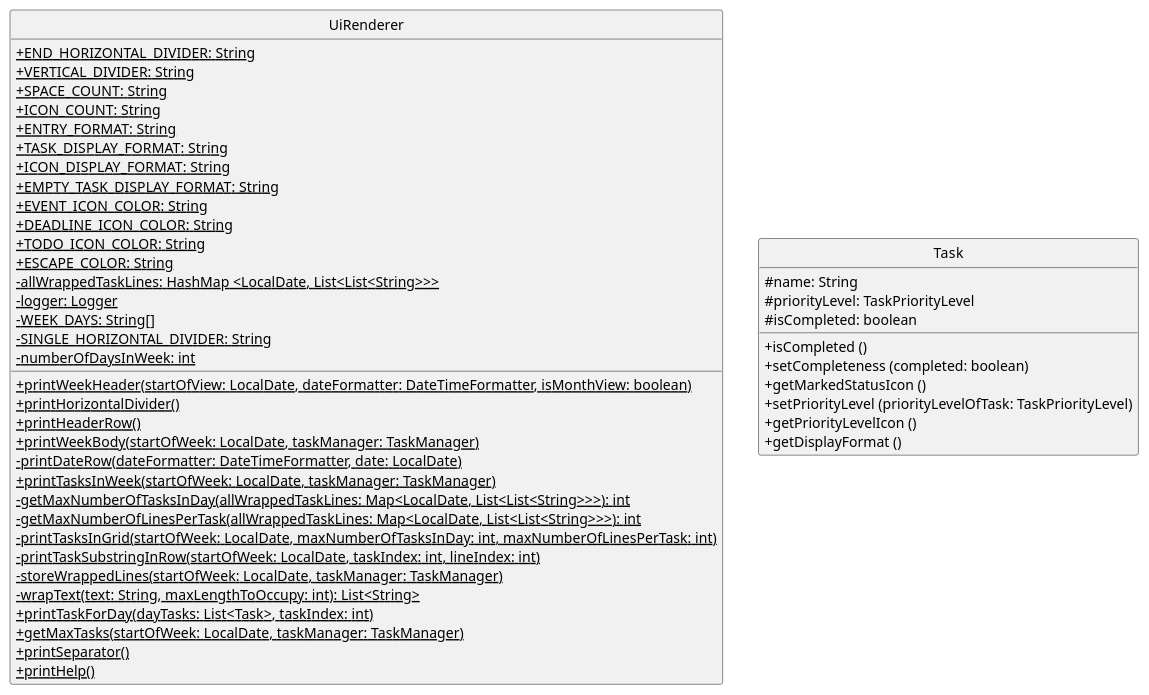
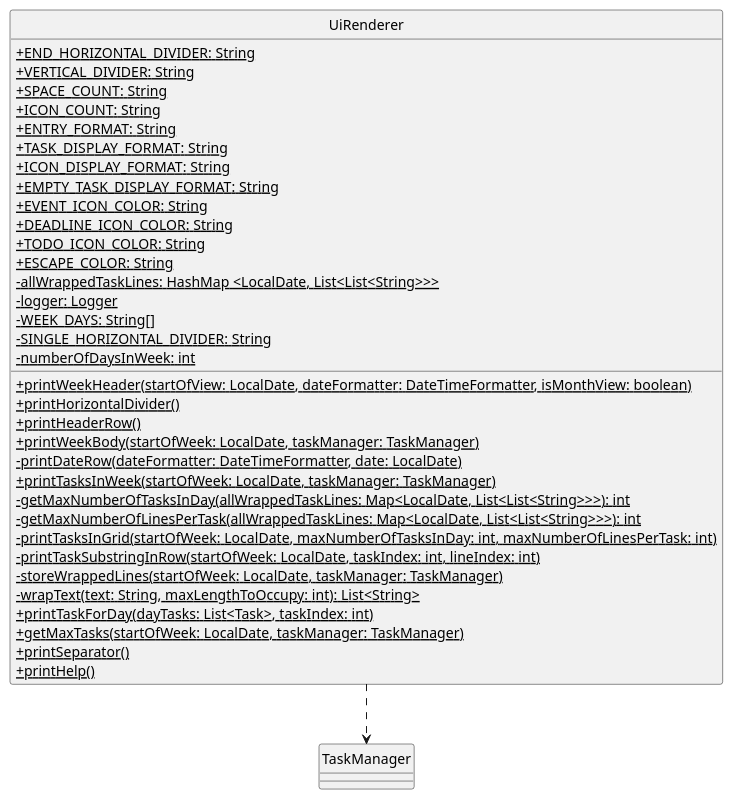
Before and after one commit to clarencepohh/tp: the diagram in docs/diagrams/class/UiRendererClassDiagram.puml, drawn with PlantUML.

Commit message:
Add dependency of UiRenderer to TaskManager

```diff
--- a/docs/diagrams/class/UiRendererClassDiagram.puml
+++ b/docs/diagrams/class/UiRendererClassDiagram.puml
@@ -1,57 +1,48 @@
 @startuml
 
 skinparam classAttributeIconSize 0
 
 class UiRenderer {
     + {static} END_HORIZONTAL_DIVIDER: String
     + {static} VERTICAL_DIVIDER: String
     + {static} SPACE_COUNT: String
     + {static} ICON_COUNT: String
     + {static} ENTRY_FORMAT: String
     + {static} TASK_DISPLAY_FORMAT: String
     + {static} ICON_DISPLAY_FORMAT: String
     + {static} EMPTY_TASK_DISPLAY_FORMAT: String
     + {static} EVENT_ICON_COLOR: String
     + {static} DEADLINE_ICON_COLOR: String
     + {static} TODO_ICON_COLOR: String
     + {static} ESCAPE_COLOR: String
     - {static} allWrappedTaskLines: HashMap <LocalDate, List<List<String>>>
     - {static} logger: Logger
     - {static} WEEK_DAYS: String[]
     - {static} SINGLE_HORIZONTAL_DIVIDER: String
     - {static} numberOfDaysInWeek: int
     + {static} printWeekHeader(startOfView: LocalDate, dateFormatter: DateTimeFormatter, isMonthView: boolean)
     + {static} printHorizontalDivider()
     + {static} printHeaderRow()
     + {static} printWeekBody(startOfWeek: LocalDate, taskManager: TaskManager)
     - {static} printDateRow(dateFormatter: DateTimeFormatter, date: LocalDate)
     + {static} printTasksInWeek(startOfWeek: LocalDate, taskManager: TaskManager)
     - {static} getMaxNumberOfTasksInDay(allWrappedTaskLines: Map<LocalDate, List<List<String>>>): int
     - {static} getMaxNumberOfLinesPerTask(allWrappedTaskLines: Map<LocalDate, List<List<String>>>): int
     - {static} printTasksInGrid(startOfWeek: LocalDate, maxNumberOfTasksInDay: int, maxNumberOfLinesPerTask: int)
     - {static} printTaskSubstringInRow(startOfWeek: LocalDate, taskIndex: int, lineIndex: int)
     - {static} storeWrappedLines(startOfWeek: LocalDate, taskManager: TaskManager)
     - {static} wrapText(text: String, maxLengthToOccupy: int): List<String>
     + {static} printTaskForDay(dayTasks: List<Task>, taskIndex: int)
     + {static} getMaxTasks(startOfWeek: LocalDate, taskManager: TaskManager)
     + {static} printSeparator()
     + {static} printHelp()
 }
 
-
-class Task {
-# name: String
-# priorityLevel: TaskPriorityLevel
-# isCompleted: boolean
-+ isCompleted ()
-+ setCompleteness (completed: boolean)
-+ getMarkedStatusIcon ()
-+ setPriorityLevel (priorityLevelOfTask: TaskPriorityLevel)
-+ getPriorityLevelIcon ()
-+ getDisplayFormat ()
+class TaskManager {
 }
 
+UiRenderer ..> TaskManager
 
 hide circle
 
 @enduml
```
